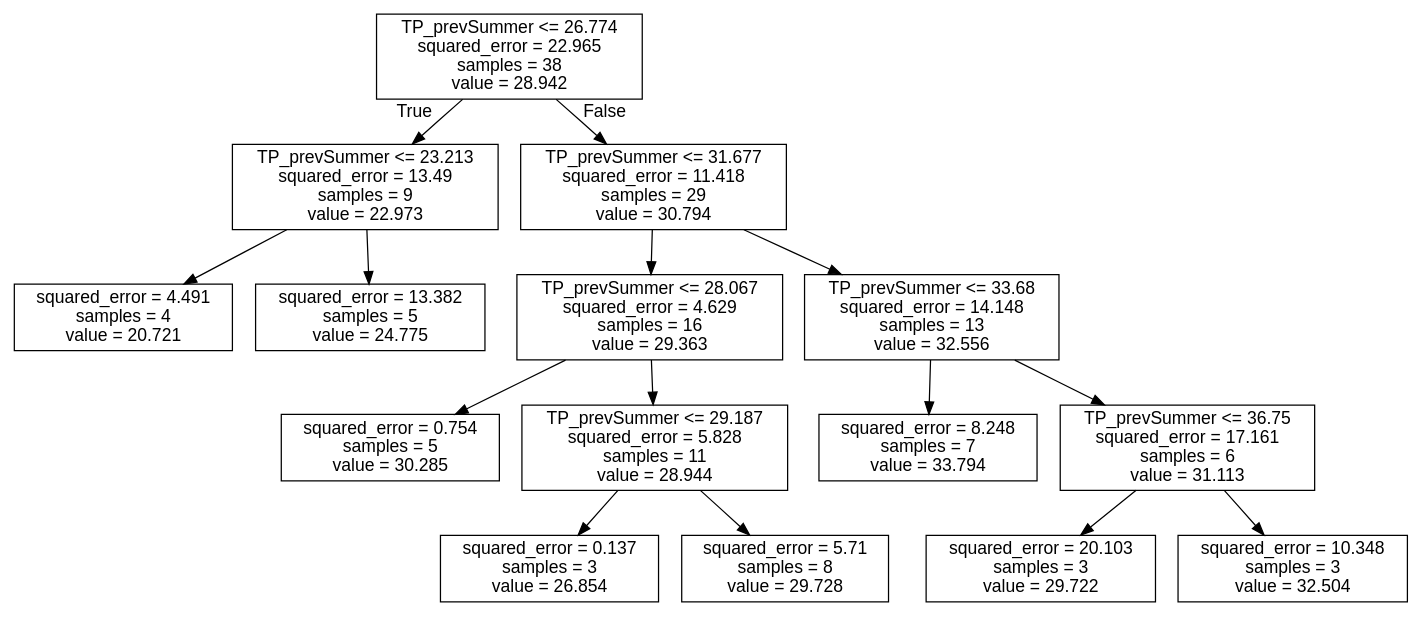
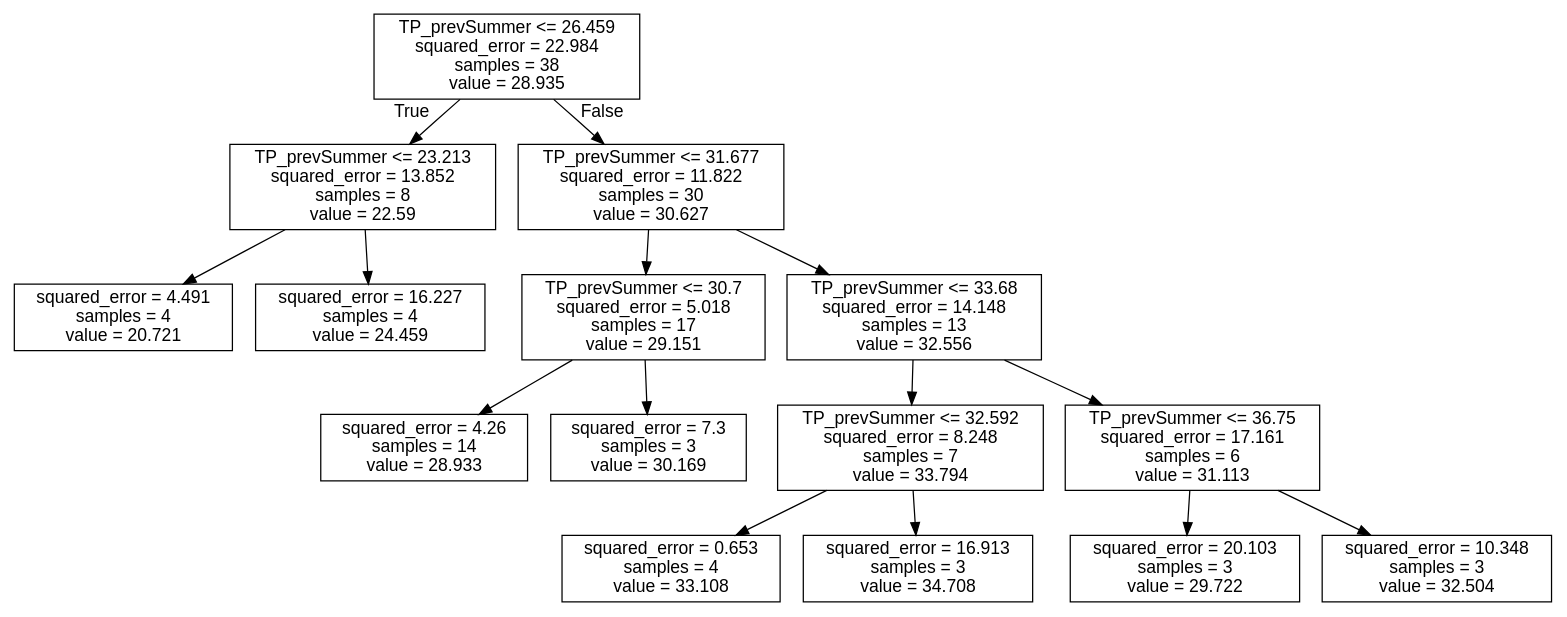
Before and after one commit to LeahJB/gbn-vansjo: the diagram in Figures/Discretization_regTrees/DotFiles/6Mseasons_TP-TP_prevSummer.dot, drawn with Graphviz. The commit also changed 97 other files, not shown here.

```diff
--- a/Figures/Discretization_regTrees/DotFiles/6Mseasons_TP-TP_prevSummer.dot
+++ b/Figures/Discretization_regTrees/DotFiles/6Mseasons_TP-TP_prevSummer.dot
@@ -1,33 +1,33 @@
 digraph Tree {
 node [shape=box, fontname="helvetica"] ;
 edge [fontname="helvetica"] ;
-0 [label="TP_prevSummer <= 26.774\nsquared_error = 22.965\nsamples = 38\nvalue = 28.942"] ;
-1 [label="TP_prevSummer <= 23.213\nsquared_error = 13.49\nsamples = 9\nvalue = 22.973"] ;
+0 [label="TP_prevSummer <= 26.459\nsquared_error = 22.984\nsamples = 38\nvalue = 28.935"] ;
+1 [label="TP_prevSummer <= 23.213\nsquared_error = 13.852\nsamples = 8\nvalue = 22.59"] ;
 0 -> 1 [labeldistance=2.5, labelangle=45, headlabel="True"] ;
 5 [label="squared_error = 4.491\nsamples = 4\nvalue = 20.721"] ;
 1 -> 5 ;
-6 [label="squared_error = 13.382\nsamples = 5\nvalue = 24.775"] ;
+6 [label="squared_error = 16.227\nsamples = 4\nvalue = 24.459"] ;
 1 -> 6 ;
-2 [label="TP_prevSummer <= 31.677\nsquared_error = 11.418\nsamples = 29\nvalue = 30.794"] ;
+2 [label="TP_prevSummer <= 31.677\nsquared_error = 11.822\nsamples = 30\nvalue = 30.627"] ;
 0 -> 2 [labeldistance=2.5, labelangle=-45, headlabel="False"] ;
-3 [label="TP_prevSummer <= 28.067\nsquared_error = 4.629\nsamples = 16\nvalue = 29.363"] ;
+3 [label="TP_prevSummer <= 30.7\nsquared_error = 5.018\nsamples = 17\nvalue = 29.151"] ;
 2 -> 3 ;
-11 [label="squared_error = 0.754\nsamples = 5\nvalue = 30.285"] ;
-3 -> 11 ;
-12 [label="TP_prevSummer <= 29.187\nsquared_error = 5.828\nsamples = 11\nvalue = 28.944"] ;
-3 -> 12 ;
-13 [label="squared_error = 0.137\nsamples = 3\nvalue = 26.854"] ;
-12 -> 13 ;
-14 [label="squared_error = 5.71\nsamples = 8\nvalue = 29.728"] ;
-12 -> 14 ;
+13 [label="squared_error = 4.26\nsamples = 14\nvalue = 28.933"] ;
+3 -> 13 ;
+14 [label="squared_error = 7.3\nsamples = 3\nvalue = 30.169"] ;
+3 -> 14 ;
 4 [label="TP_prevSummer <= 33.68\nsquared_error = 14.148\nsamples = 13\nvalue = 32.556"] ;
 2 -> 4 ;
-7 [label="squared_error = 8.248\nsamples = 7\nvalue = 33.794"] ;
+7 [label="TP_prevSummer <= 32.592\nsquared_error = 8.248\nsamples = 7\nvalue = 33.794"] ;
 4 -> 7 ;
+11 [label="squared_error = 0.653\nsamples = 4\nvalue = 33.108"] ;
+7 -> 11 ;
+12 [label="squared_error = 16.913\nsamples = 3\nvalue = 34.708"] ;
+7 -> 12 ;
 8 [label="TP_prevSummer <= 36.75\nsquared_error = 17.161\nsamples = 6\nvalue = 31.113"] ;
 4 -> 8 ;
 9 [label="squared_error = 20.103\nsamples = 3\nvalue = 29.722"] ;
 8 -> 9 ;
 10 [label="squared_error = 10.348\nsamples = 3\nvalue = 32.504"] ;
 8 -> 10 ;
 }
```
